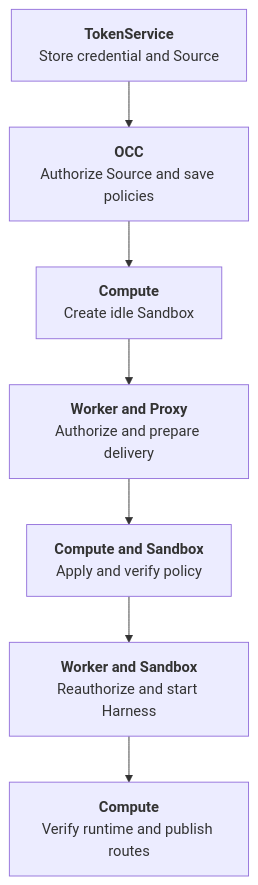
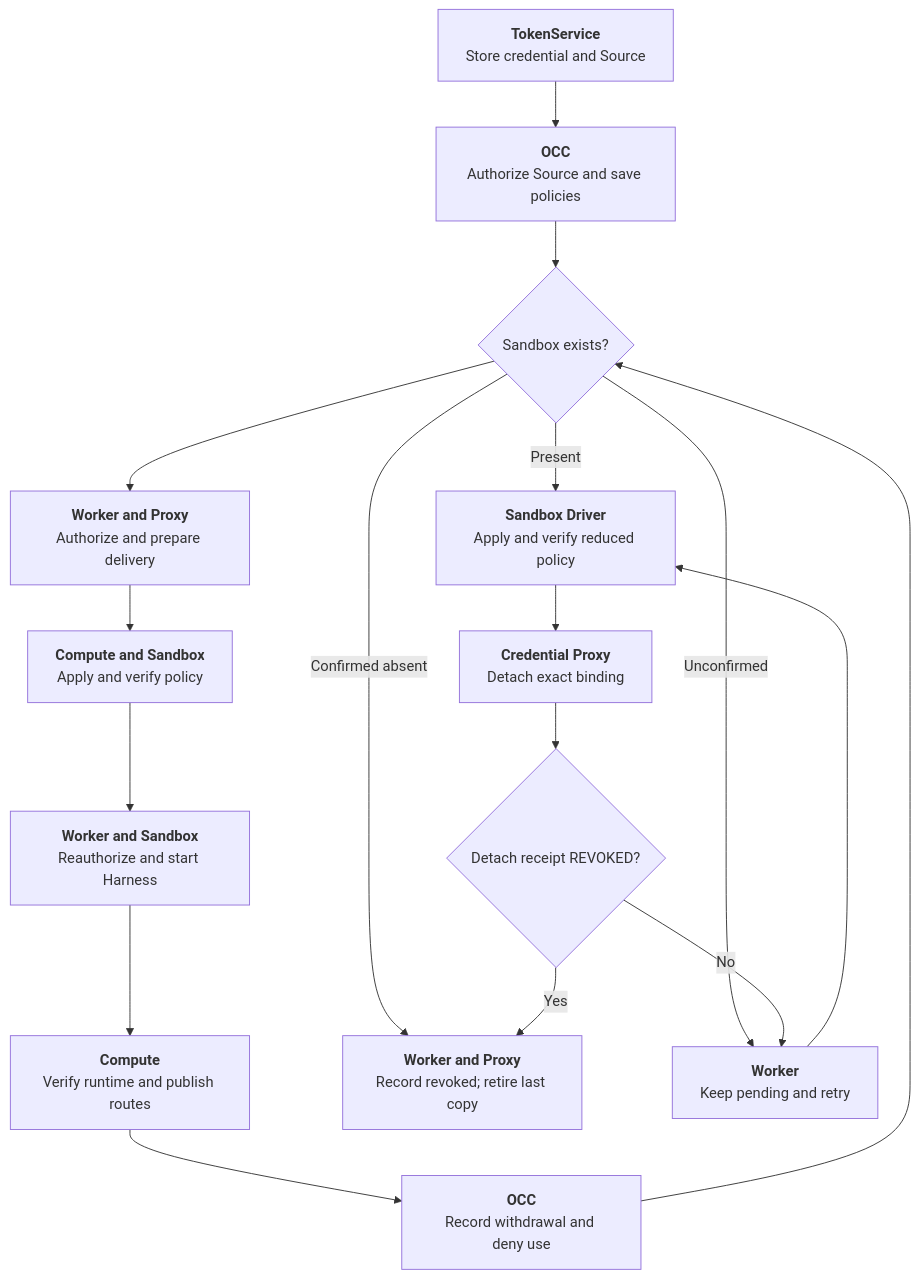
The diagram in docs/flows/credential-source-lifecycle.md (openclaw/openclaw-enterprise), drawn with Mermaid before and after one commit. The commit also changed other lines of this file and 13 other files, not shown here.

````diff
--- a/docs/flows/credential-source-lifecycle.md
+++ b/docs/flows/credential-source-lifecycle.md
@@ -23,9 +23,19 @@
 ```mermaid
 graph TD
   Register["<b>TokenService</b><br/>Store credential and Source"] --> Admit["<b>OCC</b><br/>Authorize Source and save policies"]
   Admit --> Target["<b>Compute</b><br/>Create idle Sandbox"]
   Target --> Delivery["<b>Worker and Proxy</b><br/>Authorize and prepare delivery"]
   Delivery --> Ready["<b>Compute and Sandbox</b><br/>Apply and verify policy"]
   Ready --> Activate["<b>Worker and Sandbox</b><br/>Reauthorize and start Harness"]
   Activate --> Traffic["<b>Compute</b><br/>Verify runtime and publish routes"]
+  Traffic --> Deny["<b>OCC</b><br/>Record withdrawal and deny use"]
+  Deny --> Target{"Sandbox exists?"}
+  Target -->|Present| Policy["<b>Sandbox Driver</b><br/>Apply and verify reduced policy"]
+  Target -->|Confirmed absent| Complete
+  Target -->|Unconfirmed| Pending
+  Policy --> Detach["<b>Credential Proxy</b><br/>Detach exact binding"]
+  Detach --> Receipt{"Detach receipt REVOKED?"}
+  Receipt -->|No| Pending["<b>Worker</b><br/>Keep pending and retry"]
+  Pending --> Policy
+  Receipt -->|Yes| Complete["<b>Worker and Proxy</b><br/>Record revoked; retire last copy"]
 ```
````
